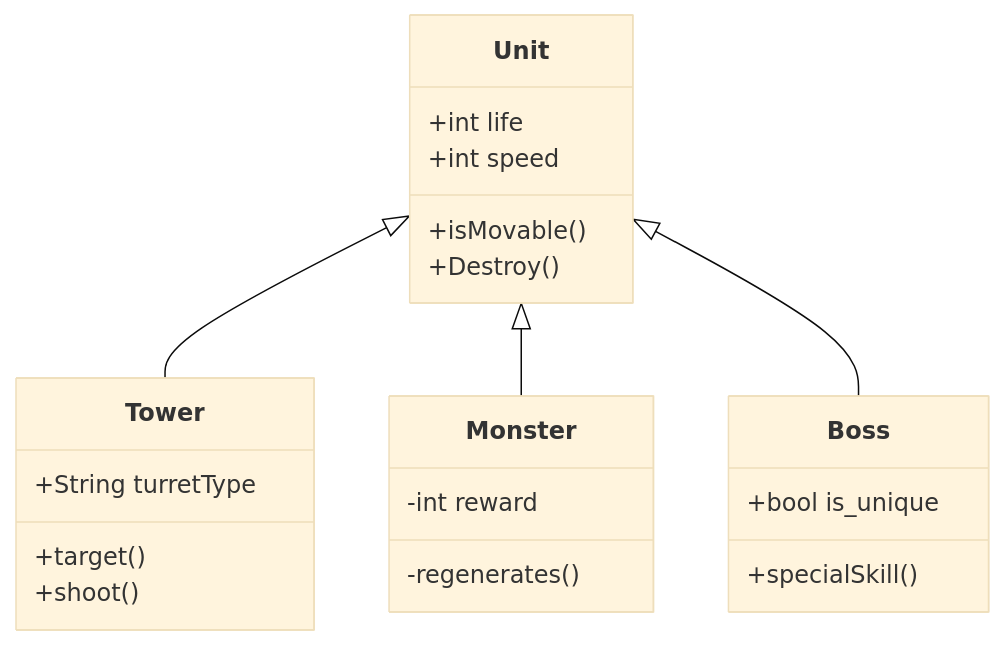
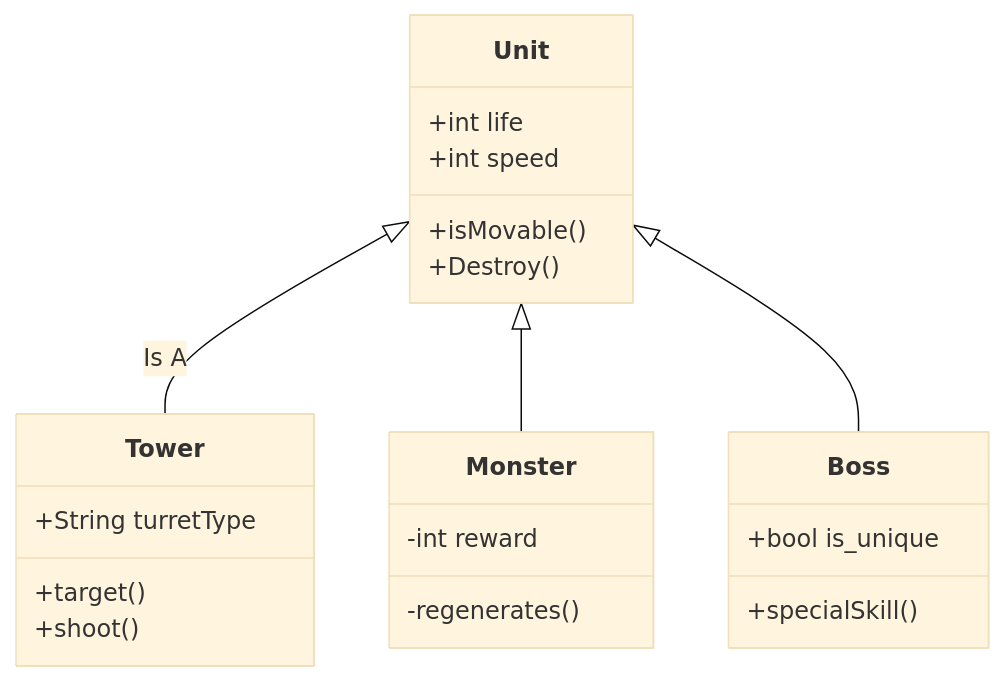
One commit to spookyboy2000/SproutScape changed the second of 2 diagrams in README.md. Above: the diagram before and after it, drawn with Mermaid (base theme). The commit also changed other lines of this file, not shown here.

````diff
--- a/README.md
+++ b/README.md
@@ -59,24 +62,24 @@
 ```mermaid
 classDiagram
 
-Unit <|-- Tower
+Unit <|-- Tower:Is A
 Unit <|-- Monster
 Unit <|-- Boss
 Unit : +int life
 Unit : +int speed
 Unit: +isMovable()
 Unit: +Destroy()
 class Tower{
 +String turretType
 +target()
 +shoot()
 }
 class Monster{
 -int reward
 -regenerates()
 }
 class Boss{
 +bool is_unique
 +specialSkill()
 }
 ```
````
